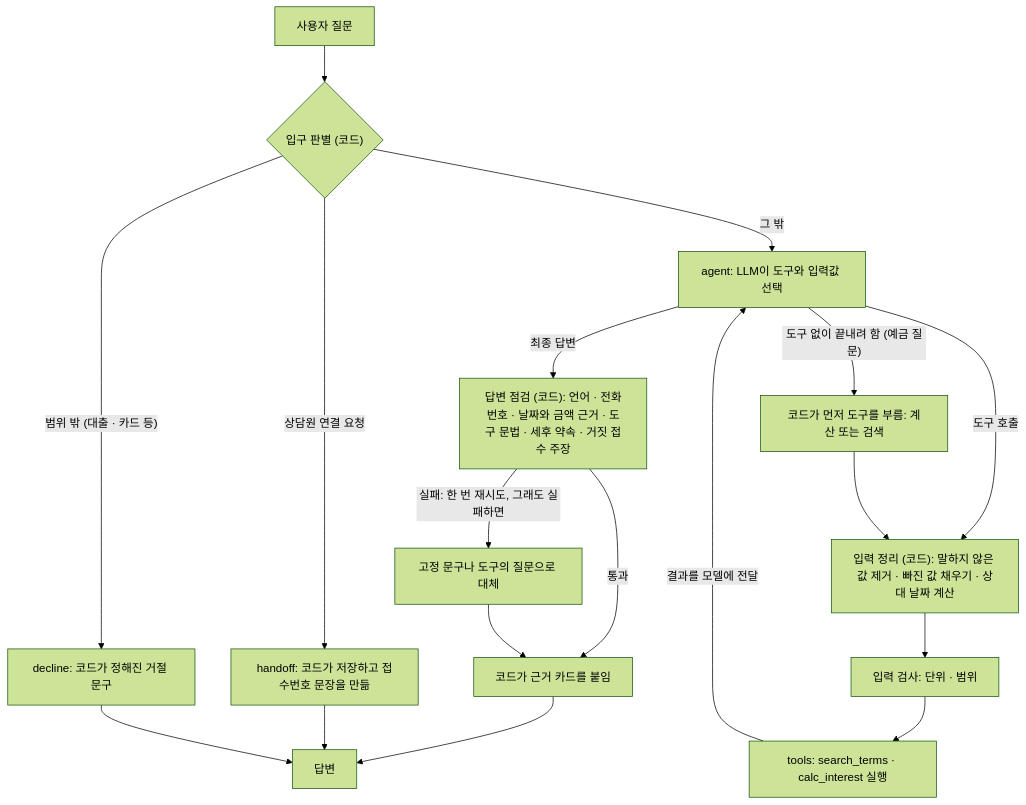
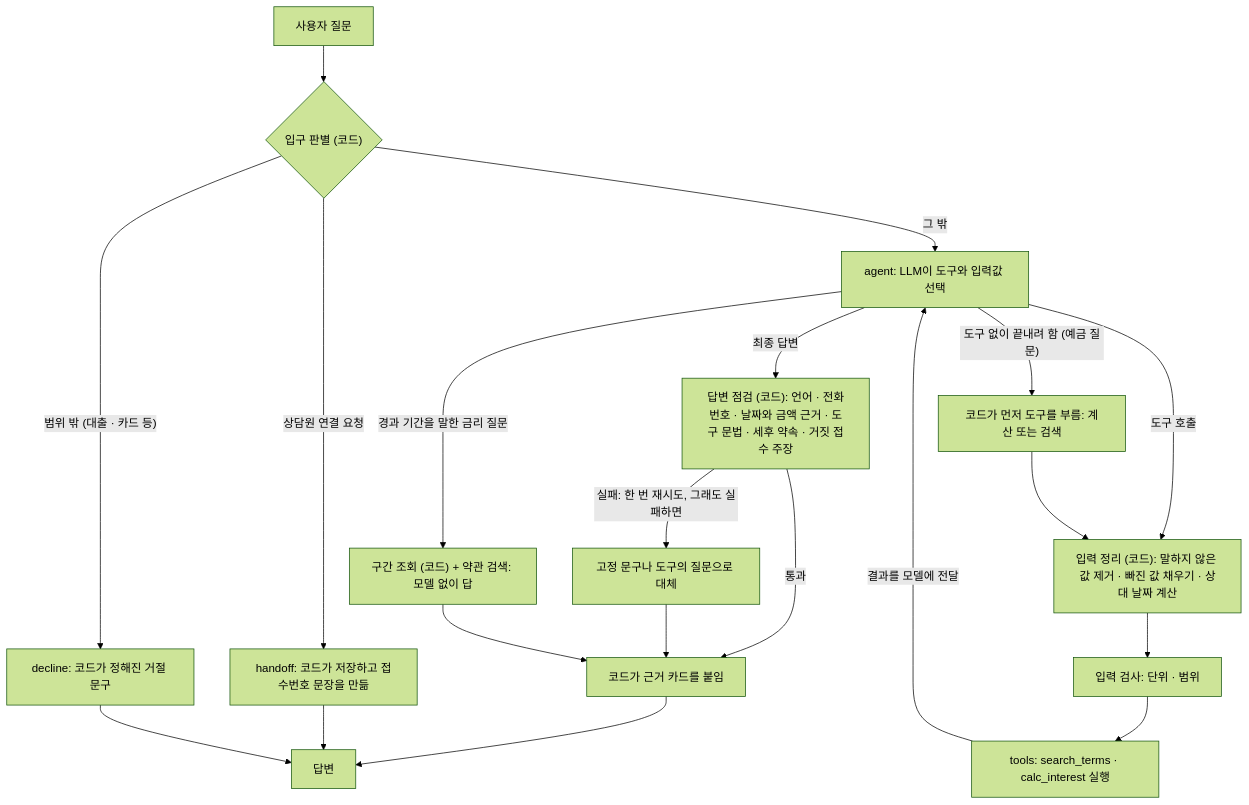
One commit to ohjuhun1119/banking-agent changed the diagram in README.md. Above: the diagram before and after it, drawn with Mermaid (forest theme). The commit also changed other lines of this file and 10 other files, not shown here.

````diff
--- a/README.md
+++ b/README.md
@@ -43,20 +43,22 @@
 ```mermaid
 flowchart TD
     Q["사용자 질문"] --> E{"입구 판별 (코드)"}
     E -->|"상담원 연결 요청"| H["handoff: 코드가 저장하고 접수번호 문장을 만듦"]
     E -->|"범위 밖 (대출 · 카드 등)"| X["decline: 코드가 정해진 거절 문구"]
     E -->|"그 밖"| A["agent: LLM이 도구와 입력값 선택"]
     A -->|"도구 없이 끝내려 함 (예금 질문)"| F["코드가 먼저 도구를 부름: 계산 또는 검색"]
     A -->|"도구 호출"| G["입력 정리 (코드): 말하지 않은 값 제거 · 빠진 값 채우기 · 상대 날짜 계산"]
     F --> G
     G --> V["입력 검사: 단위 · 범위"]
     V --> T["tools: search_terms · calc_interest 실행"]
     T -->|"결과를 모델에 전달"| A
     A -->|"최종 답변"| C["답변 점검 (코드): 언어 · 전화번호 · 날짜와 금액 근거 · 도구 문법 · 세후 약속 · 거짓 접수 주장"]
     C -->|"통과"| EV["코드가 근거 카드를 붙임"]
     C -->|"실패: 한 번 재시도, 그래도 실패하면"| FB["고정 문구나 도구의 질문으로 대체"]
     FB --> EV
+    A -->|"경과 기간을 말한 금리 질문"| LK["구간 조회 (코드) + 약관 검색: 모델 없이 답"]
+    LK --> EV
     EV --> OUT["답변"]
     H --> OUT
     X --> OUT
 ```
````
